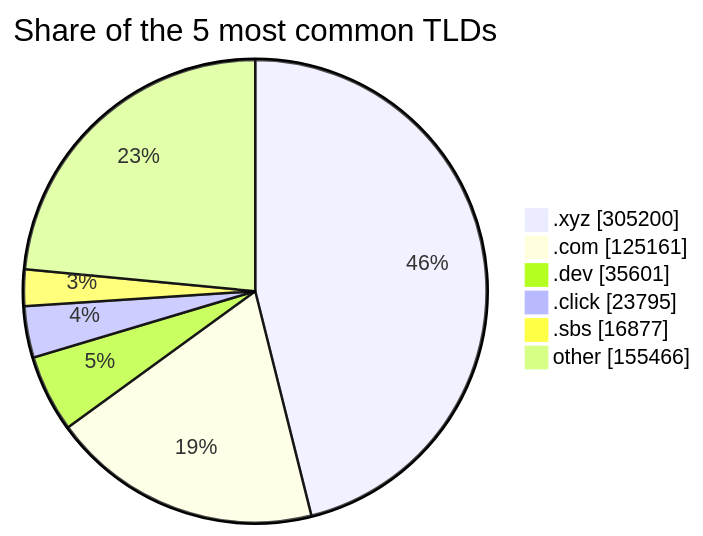
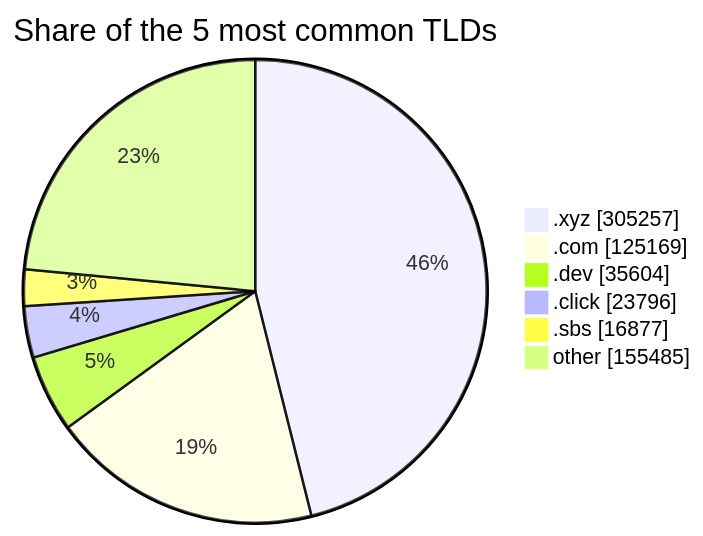
One commit to DNSBunker/CTI changed the third of 3 diagrams in README.md. Above: the diagram before and after it, drawn with Mermaid. The commit also changed other lines of this file and 3 other files, not shown here.

````diff
--- a/README.md
+++ b/README.md
@@ -81,9 +81,9 @@
 ```mermaid
 pie showData title Share of the 5 most common TLDs
-    ".xyz" : 305200
-    ".com" : 125161
-    ".dev" : 35601
-    ".click" : 23795
+    ".xyz" : 305257
+    ".com" : 125169
+    ".dev" : 35604
+    ".click" : 23796
     ".sbs" : 16877
-    "other" : 155466
+    "other" : 155485
 ```
````
